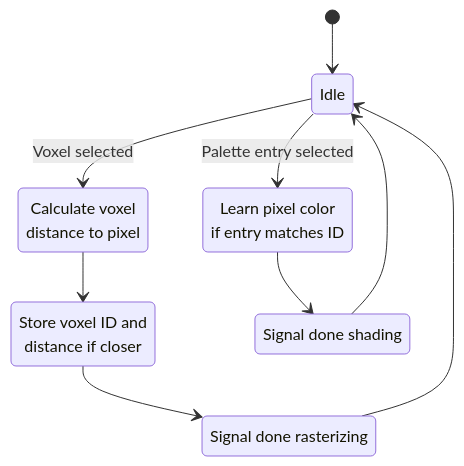
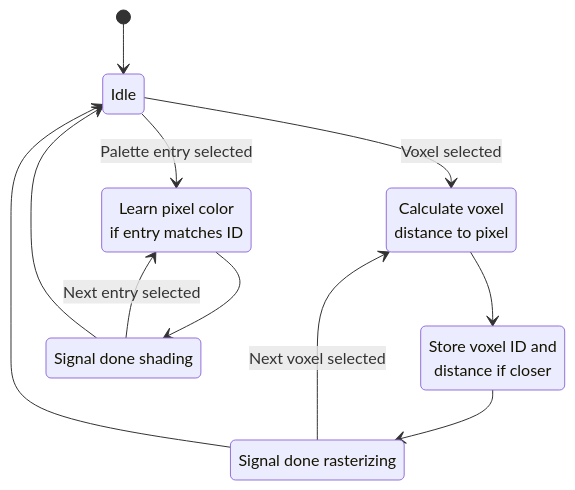
One commit to Kenny2github/voxel-gpu changed the diagram in hardware/docs/pixel_shader.md. Above: the diagram before and after it, drawn with Mermaid. The commit also changed 2 other files, not shown here.

Commit message:
More intelligent pixel_shader states

````diff
--- a/hardware/docs/pixel_shader.md
+++ b/hardware/docs/pixel_shader.md
@@ -1,18 +1,20 @@
 ```mermaid
 stateDiagram-v2
     idle: Idle
     measure: Calculate voxel<br>distance to pixel
     store_voxel: Store voxel ID and<br>distance if closer
     done_rasterizing: Signal done rasterizing
     store_pixel: Learn pixel color<br>if entry matches ID
     done_shading: Signal done shading
 
     [*] --> idle
     idle --> measure: Voxel selected
 	measure --> store_voxel
 	store_voxel --> done_rasterizing
+    done_rasterizing --> measure: Next voxel selected
 	done_rasterizing --> idle
     idle --> store_pixel: Palette entry selected
     store_pixel --> done_shading
+    done_shading --> store_pixel: Next entry selected
     done_shading --> idle
 ```
````
